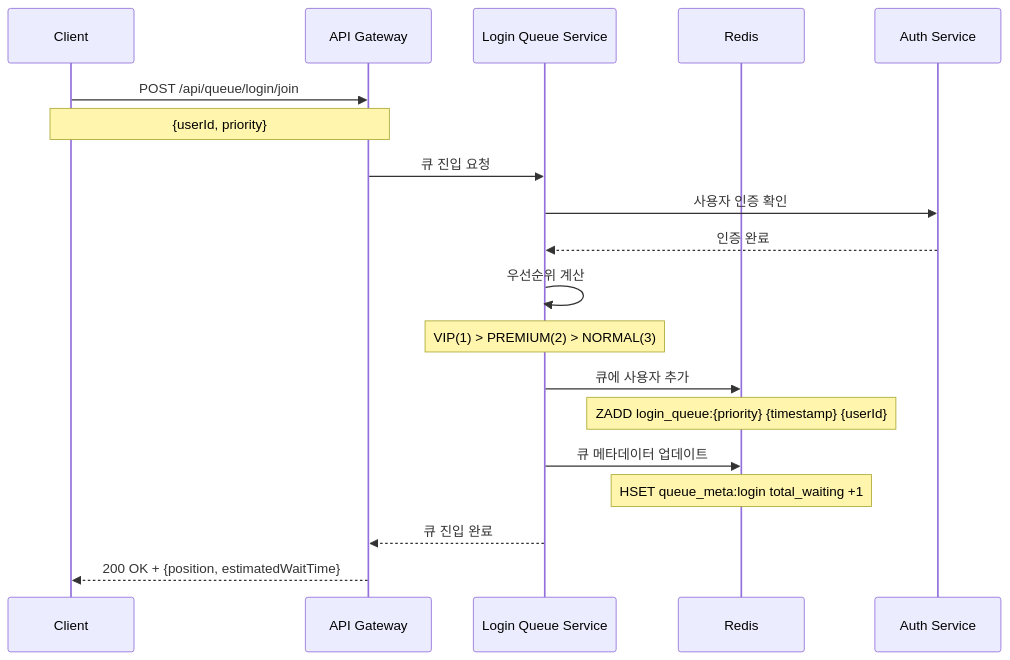
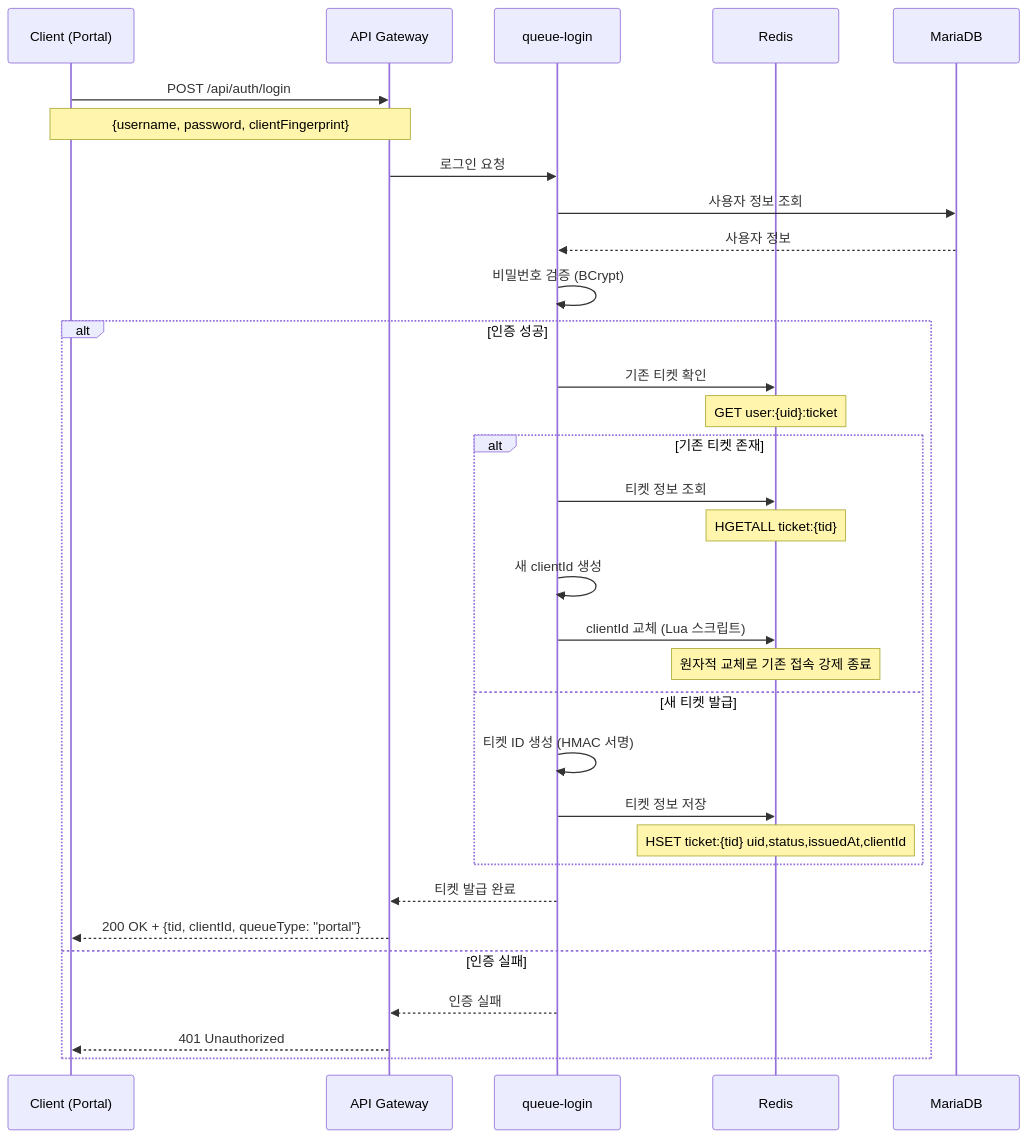
One commit to exodus-openstack/queue changed diagram 11 of 32 in docs/Usecase.md. Above: the diagram before and after it, drawn with Mermaid. The commit also changed other lines of this file and 1 other file, not shown here.

First line of the commit message:
docs: 로그인 큐 시스템 구조 반영 및 API 분리

````diff
--- a/docs/Usecase.md
+++ b/docs/Usecase.md
@@ -432,27 +434,40 @@
 ```mermaid
 sequenceDiagram
-    participant C as Client
+    participant C as Client (Portal)
     participant API as API Gateway
-    participant LoginQ as Login Queue Service
+    participant Login as queue-login
     participant Redis as Redis
-    participant Auth as Auth Service
+    participant DB as MariaDB
     
-    C->>API: POST /api/queue/login/join
-    Note over C,API: {userId, priority}
+    C->>API: POST /api/auth/login
+    Note over C,API: {username, password, clientFingerprint}
     
-    API->>LoginQ: 큐 진입 요청
-    LoginQ->>Auth: 사용자 인증 확인
-    Auth-->>LoginQ: 인증 완료
+    API->>Login: 로그인 요청
+    Login->>DB: 사용자 정보 조회
+    DB-->>Login: 사용자 정보
     
-    LoginQ->>LoginQ: 우선순위 계산
-    Note over LoginQ: VIP(1) > PREMIUM(2) > NORMAL(3)
+    Login->>Login: 비밀번호 검증 (BCrypt)
     
-    LoginQ->>Redis: 큐에 사용자 추가
-    Note over Redis: ZADD login_queue:{priority} {timestamp} {userId}
-    
-    LoginQ->>Redis: 큐 메타데이터 업데이트
-    Note over Redis: HSET queue_meta:login total_waiting +1
-    
-    LoginQ-->>API: 큐 진입 완료
-    API-->>C: 200 OK + {position, estimatedWaitTime}
+    alt 인증 성공
+        Login->>Redis: 기존 티켓 확인
+        Note over Redis: GET user:{uid}:ticket
+        
+        alt 기존 티켓 존재
+            Login->>Redis: 티켓 정보 조회
+            Note over Redis: HGETALL ticket:{tid}
+            Login->>Login: 새 clientId 생성
+            Login->>Redis: clientId 교체 (Lua 스크립트)
+            Note over Redis: 원자적 교체로 기존 접속 강제 종료
+        else 새 티켓 발급
+            Login->>Login: 티켓 ID 생성 (HMAC 서명)
+            Login->>Redis: 티켓 정보 저장
+            Note over Redis: HSET ticket:{tid} uid,status,issuedAt,clientId
+        end
+        
+        Login-->>API: 티켓 발급 완료
+        API-->>C: 200 OK + {tid, clientId, queueType: "portal"}
+    else 인증 실패
+        Login-->>API: 인증 실패
+        API-->>C: 401 Unauthorized
+    end
 ```
````
